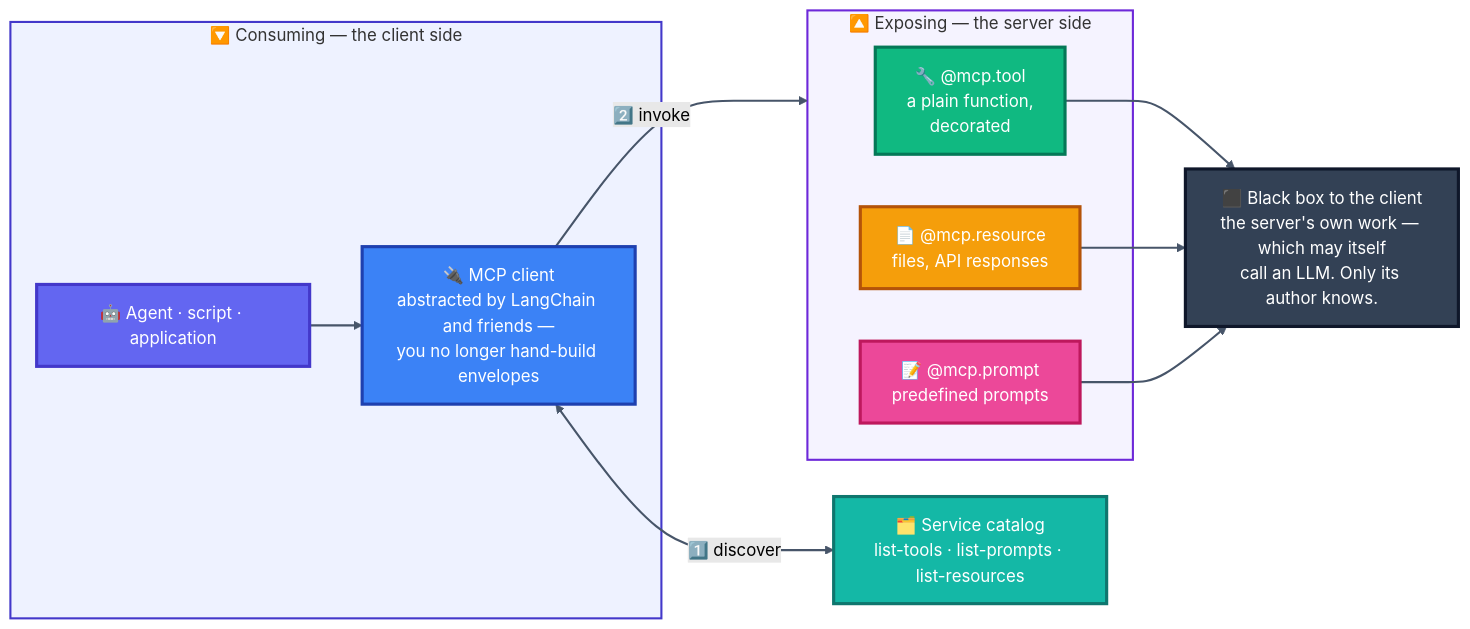
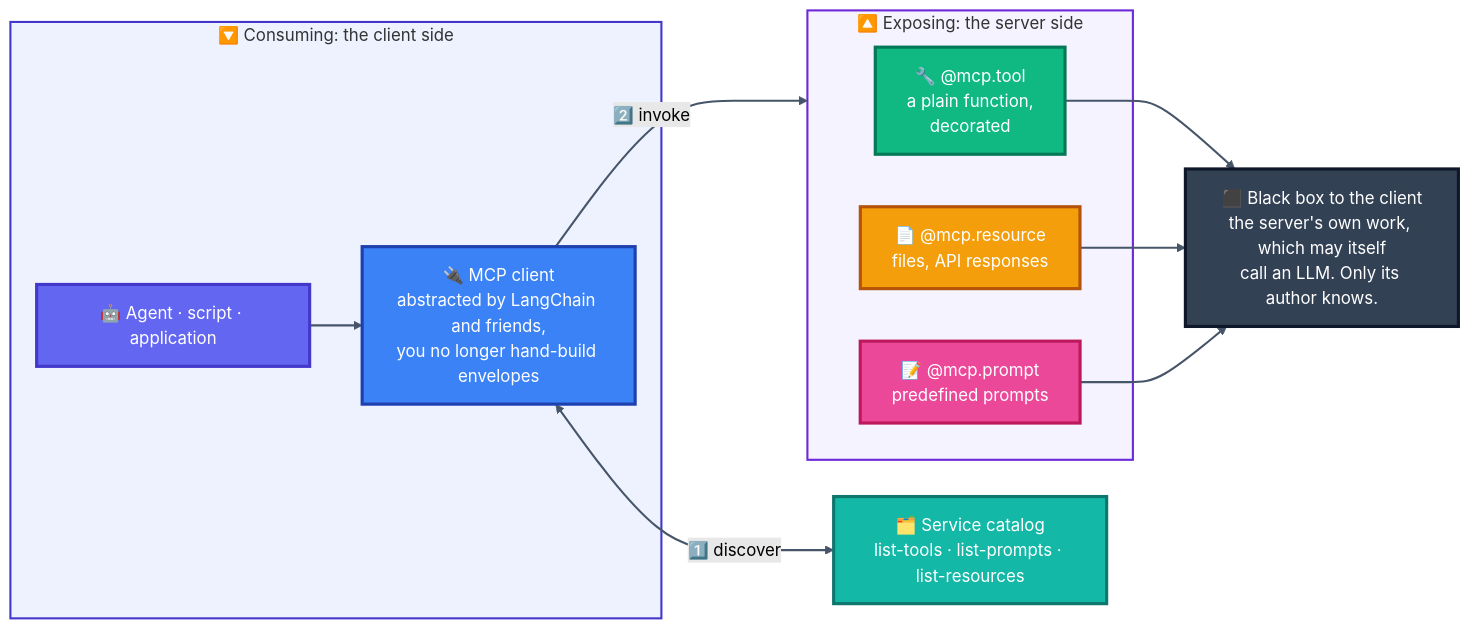
One commit to mrsachindixit/agentixit changed diagram 27 of 28 in README.md. Above: the diagram before and after it, drawn with Mermaid (forest theme). The commit also changed other lines of this file, not shown here.

Commit message:
refined MCP section

````diff
--- a/README.md
+++ b/README.md
@@ -1464,31 +1464,31 @@
 ```mermaid
 graph LR
-    subgraph CONSUME["🔽 Consuming — the client side"]
-        APP["🤖 Agent · script · application"] --> FW["🔌 MCP client\nabstracted by LangChain and friends —\nyou no longer hand-build envelopes"]
+    subgraph CONSUME["🔽 Consuming: the client side"]
+        APP["🤖 Agent · script · application"] --> FW["🔌 MCP client\nabstracted by LangChain and friends,\nyou no longer hand-build envelopes"]
     end
 
     FW <==>|"1️⃣ discover"| CATALOG["🗂️ Service catalog\nlist-tools · list-prompts · list-resources"]
     FW ==>|"2️⃣ invoke"| PRIMS
 
-    subgraph PRIMS["🔼 Exposing — the server side"]
+    subgraph PRIMS["🔼 Exposing: the server side"]
         T["🔧 @mcp.tool\na plain function,\ndecorated"]
         R["📄 @mcp.resource\nfiles, API responses"]
         P["📝 @mcp.prompt\npredefined prompts"]
     end
 
     T --> BOX
     R --> BOX
     P --> BOX
-    BOX["⬛ Black box to the client\nthe server's own work — which may itself\ncall an LLM. Only its author knows."]
+    BOX["⬛ Black box to the client\nthe server's own work, which may itself\ncall an LLM. Only its author knows."]
 
     style APP fill:#6366F1,stroke:#4338CA,color:#fff,stroke-width:3px
     style FW fill:#3B82F6,stroke:#1E40AF,color:#fff,stroke-width:3px
     style CATALOG fill:#14B8A6,stroke:#0F766E,color:#fff,stroke-width:3px
     style T fill:#10B981,stroke:#047857,color:#fff,stroke-width:3px
     style R fill:#F59E0B,stroke:#B45309,color:#fff,stroke-width:3px
     style P fill:#EC4899,stroke:#BE185D,color:#fff,stroke-width:3px
     style BOX fill:#334155,stroke:#0F172A,color:#fff,stroke-width:3px
     style CONSUME fill:#EEF2FF,stroke:#4338CA,stroke-width:2px
     style PRIMS fill:#F5F3FF,stroke:#6D28D9,stroke-width:2px
     linkStyle default stroke:#475569,stroke-width:2px
 ```
````
